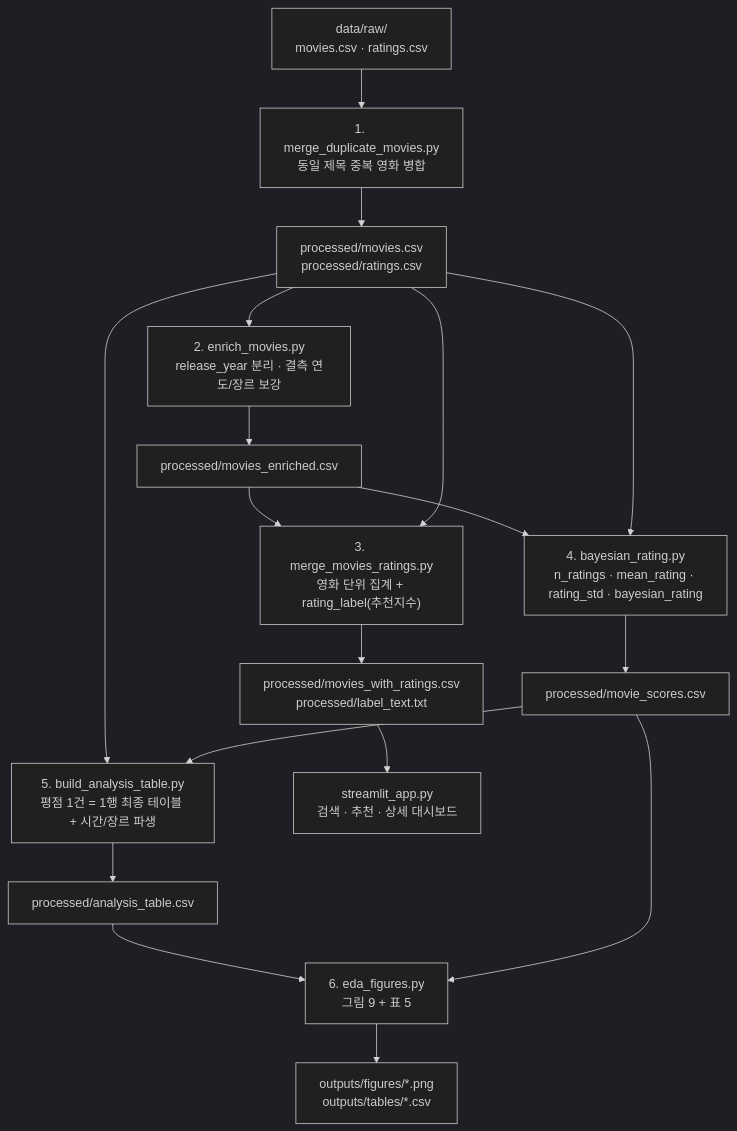
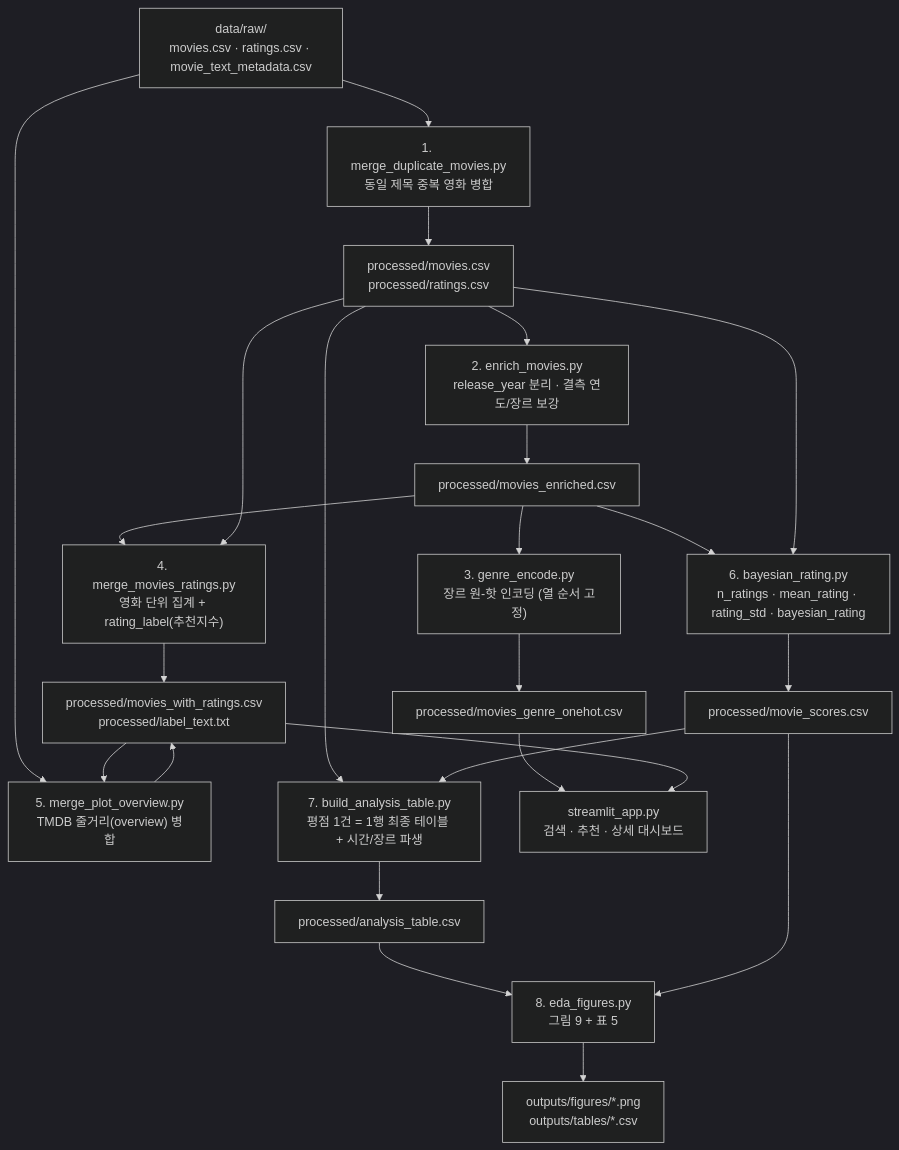
One commit to jwoochoi2001/DA_Movielens-Rating-Explorer changed the diagram in README.md. Above: the diagram before and after it, drawn with Mermaid (dark theme). The commit also changed other lines of this file and 2 other files, not shown here.

First line of the commit message:
기준 테이블에 TMDB 줄거리(overview) 열 병합

````diff
--- a/README.md
+++ b/README.md
@@ -65,23 +67,29 @@
 ```mermaid
 flowchart TD
-    RAW["data/raw/<br/>movies.csv · ratings.csv"]
+    RAW["data/raw/<br/>movies.csv · ratings.csv · movie_text_metadata.csv"]
     S1["1. merge_duplicate_movies.py<br/>동일 제목 중복 영화 병합"]
     S2["2. enrich_movies.py<br/>release_year 분리 · 결측 연도/장르 보강"]
-    S3["3. merge_movies_ratings.py<br/>영화 단위 집계 + rating_label(추천지수)"]
-    S4["4. bayesian_rating.py<br/>n_ratings · mean_rating · rating_std · bayesian_rating"]
-    S5["5. build_analysis_table.py<br/>평점 1건 = 1행 최종 테이블 + 시간/장르 파생"]
-    S6["6. eda_figures.py<br/>그림 9 + 표 5"]
+    S3["3. genre_encode.py<br/>장르 원-핫 인코딩 (열 순서 고정)"]
+    S4["4. merge_movies_ratings.py<br/>영화 단위 집계 + rating_label(추천지수)"]
+    S5["5. merge_plot_overview.py<br/>TMDB 줄거리(overview) 병합"]
+    S6["6. bayesian_rating.py<br/>n_ratings · mean_rating · rating_std · bayesian_rating"]
+    S7["7. build_analysis_table.py<br/>평점 1건 = 1행 최종 테이블 + 시간/장르 파생"]
+    S8["8. eda_figures.py<br/>그림 9 + 표 5"]
     APP["streamlit_app.py<br/>검색 · 추천 · 상세 대시보드"]
 
     RAW --> S1 --> P1["processed/movies.csv<br/>processed/ratings.csv"]
     P1 --> S2 --> P2["processed/movies_enriched.csv"]
-    P2 --> S3
-    P1 --> S3 --> P3["processed/movies_with_ratings.csv<br/>processed/label_text.txt"]
+    P2 --> S3 --> P3["processed/movies_genre_onehot.csv"]
     P2 --> S4
-    P1 --> S4 --> P4["processed/movie_scores.csv"]
-    P1 --> S5
-    P4 --> S5 --> P5["processed/analysis_table.csv"]
-    P5 --> S6 --> OUT["outputs/figures/*.png<br/>outputs/tables/*.csv"]
-    P4 --> S6
+    P1 --> S4 --> P4["processed/movies_with_ratings.csv<br/>processed/label_text.txt"]
+    RAW --> S5
+    P4 --> S5 --> P4
+    P2 --> S6
+    P1 --> S6 --> P6["processed/movie_scores.csv"]
+    P1 --> S7
+    P6 --> S7 --> P7["processed/analysis_table.csv"]
+    P7 --> S8 --> OUT["outputs/figures/*.png<br/>outputs/tables/*.csv"]
+    P6 --> S8
     P3 --> APP
+    P4 --> APP
 ```
````
